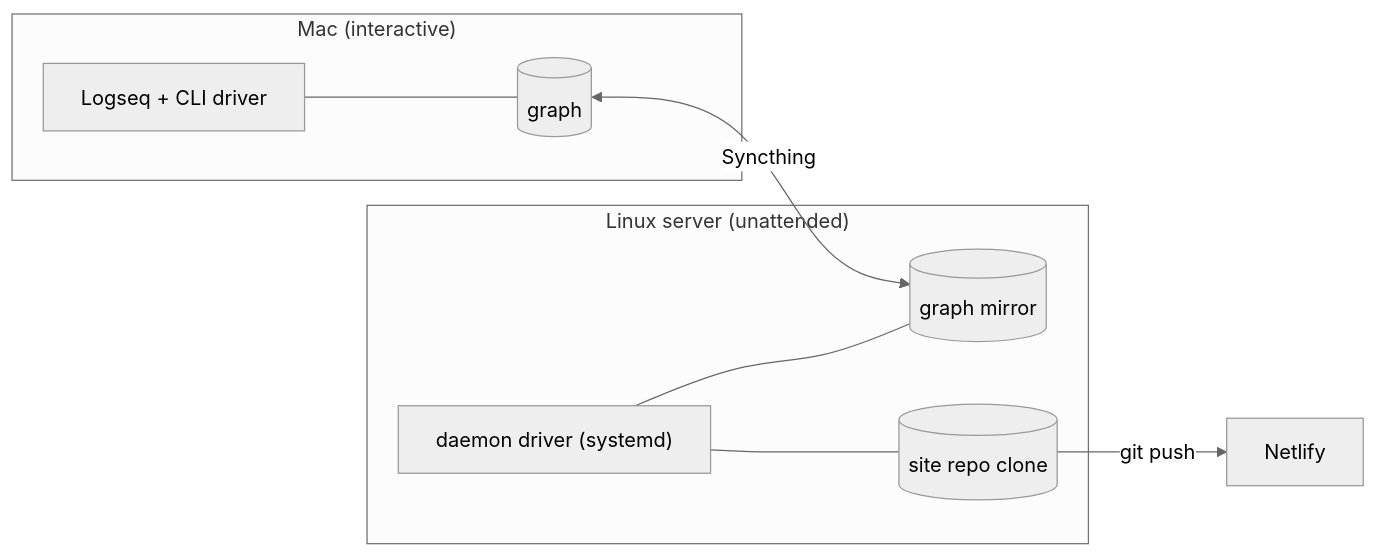
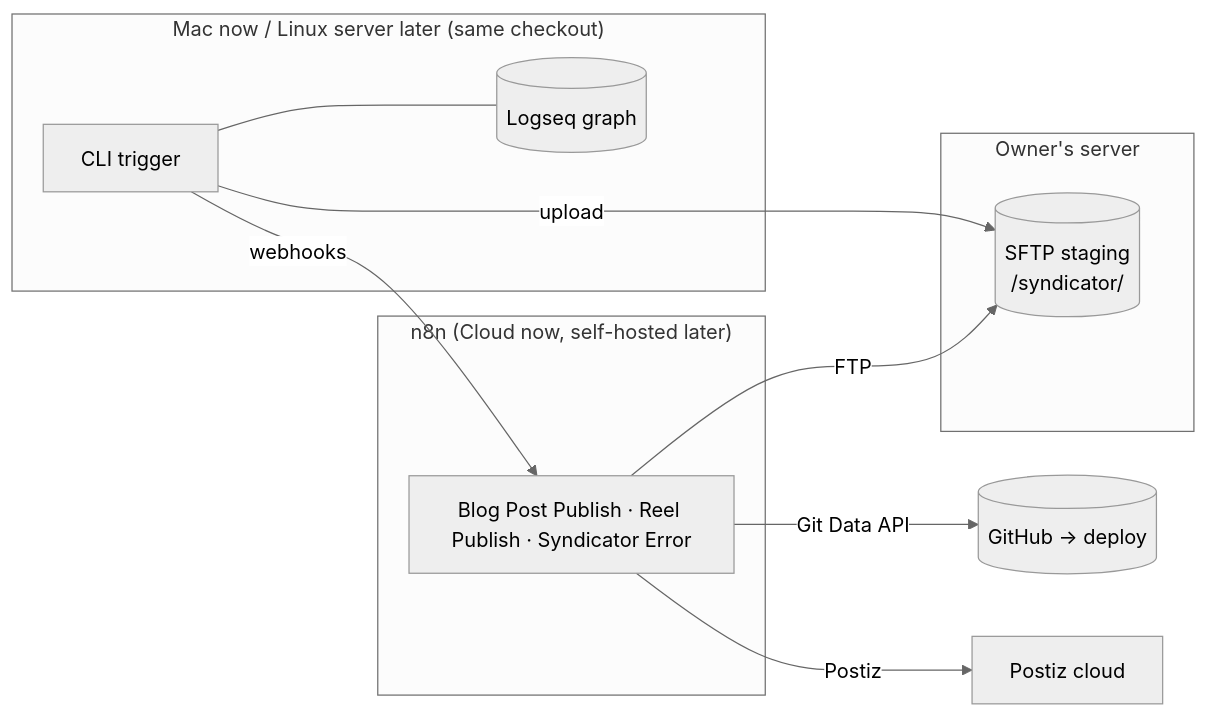
Before and after one commit to bbaumgartner/syndicator: the second of 2 diagrams in docs/architecture.md, drawn with Mermaid (neutral theme). The commit also changed other lines of this file and 49 other files, not shown here.

````diff
--- a/docs/architecture.md
+++ b/docs/architecture.md
@@ -258,17 +224,19 @@
 ```mermaid
 flowchart LR
-    subgraph Mac ["Mac (interactive)"]
-        L["Logseq + CLI driver"]
-        G1[("graph")]
+    subgraph Local ["Mac now / Linux server later (same checkout)"]
+        C["CLI trigger"]
+        G[("Logseq graph")]
     end
-    subgraph Server ["Linux server (unattended)"]
-        W["daemon driver (systemd)"]
-        G2[("graph mirror")]
-        R[("site repo clone")]
+    subgraph Owner ["Owner's server"]
+        S[("SFTP staging\n/syndicator/")]
     end
-    G1 <-->|Syncthing| G2
-    L --- G1
-    W --- G2
-    W --- R
-    R -->|git push| N["Netlify"]
+    subgraph Cloud ["n8n (Cloud now, self-hosted later)"]
+        WF["Blog Post Publish · Reel Publish · Syndicator Error"]
+    end
+    C --- G
+    C -->|upload| S
+    C -->|webhooks| WF
+    WF -->|FTP| S
+    WF -->|Git Data API| GH[("GitHub → deploy")]
+    WF -->|Postiz| PZ["Postiz cloud"]
 ```
````
